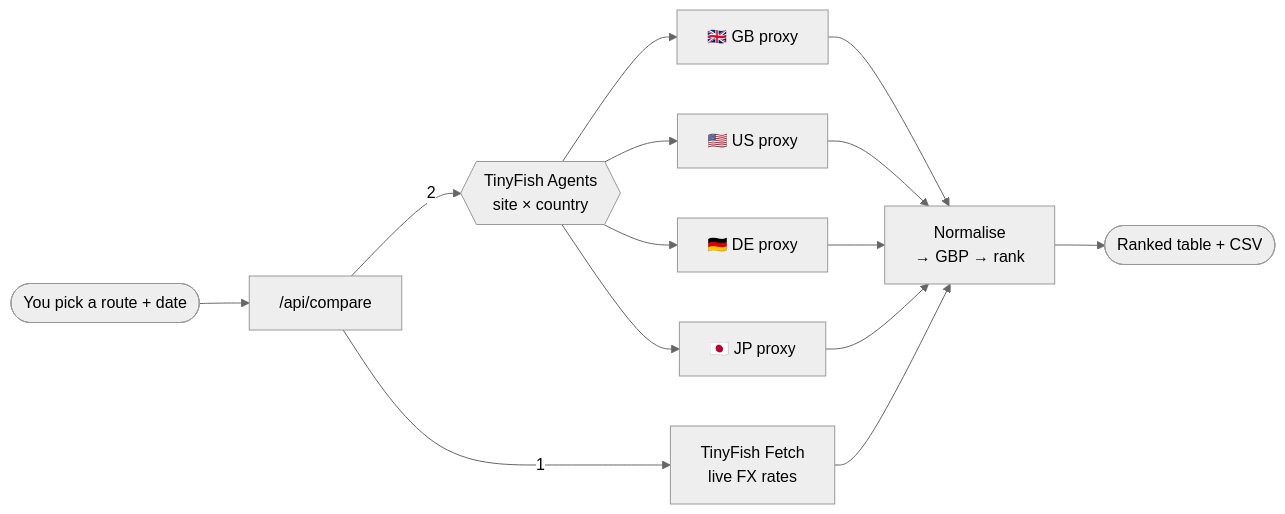
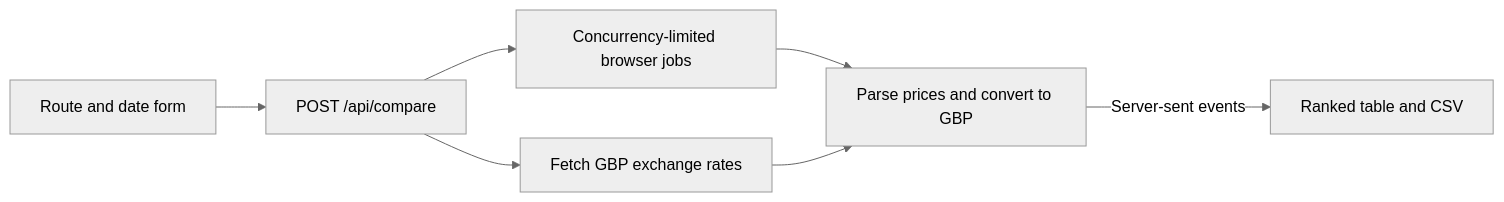
One commit to Yuv4n/price-mismatch-flights changed the diagram in README.md. Above: the diagram before and after it, drawn with Mermaid (neutral theme). The commit also changed other lines of this file and 1 other file, not shown here.

````diff
--- a/README.md
+++ b/README.md
@@ -34,13 +7,9 @@
 ```mermaid
 flowchart LR
-    U([You pick a route + date]) --> API["/api/compare"]
-    API -->|1| F[TinyFish Fetch<br/>live FX rates]
-    API -->|2| A{{TinyFish Agents<br/>site × country}}
-    A --> GB[🇬🇧 GB proxy]
-    A --> US[🇺🇸 US proxy]
-    A --> DE[🇩🇪 DE proxy]
-    A --> JP[🇯🇵 JP proxy]
-    GB & US & DE & JP --> N[Normalise<br/>→ GBP → rank]
-    F --> N
-    N --> T([Ranked table + CSV])
+    UI[Route and date form] --> API[POST /api/compare]
+    API --> FX[Fetch GBP exchange rates]
+    API --> Jobs[Concurrency-limited browser jobs]
+    Jobs --> Rows[Parse prices and convert to GBP]
+    FX --> Rows
+    Rows -->|Server-sent events| Table[Ranked table and CSV]
 ```
````
